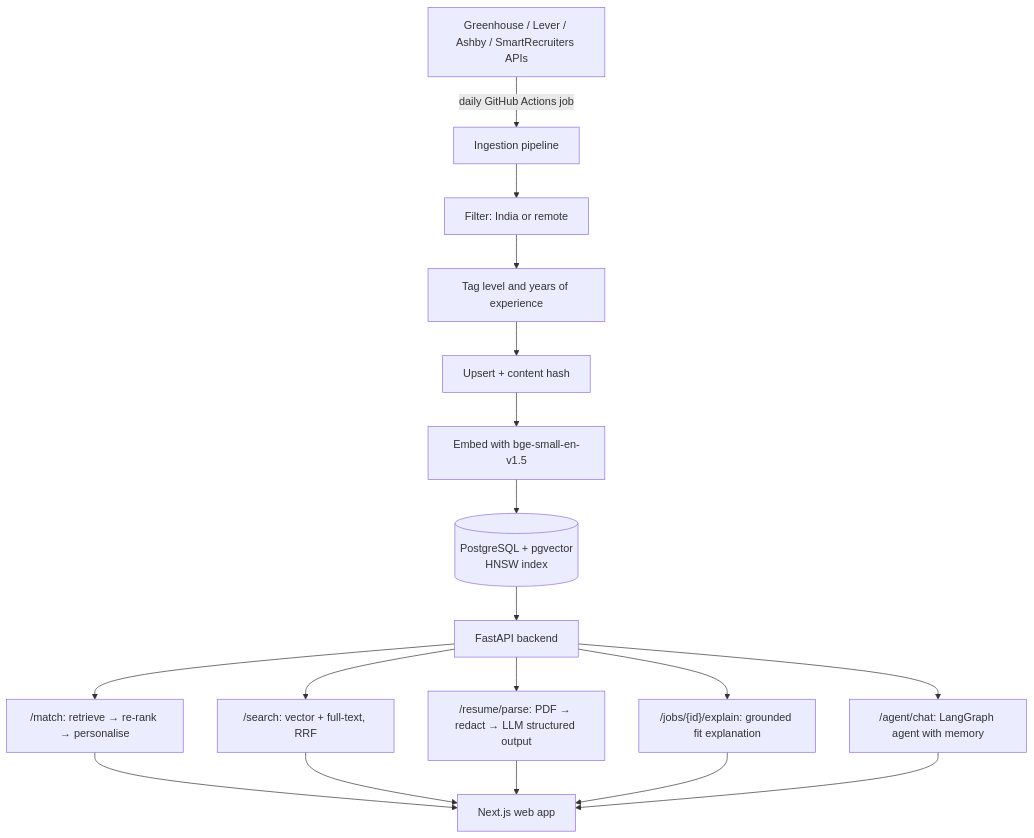
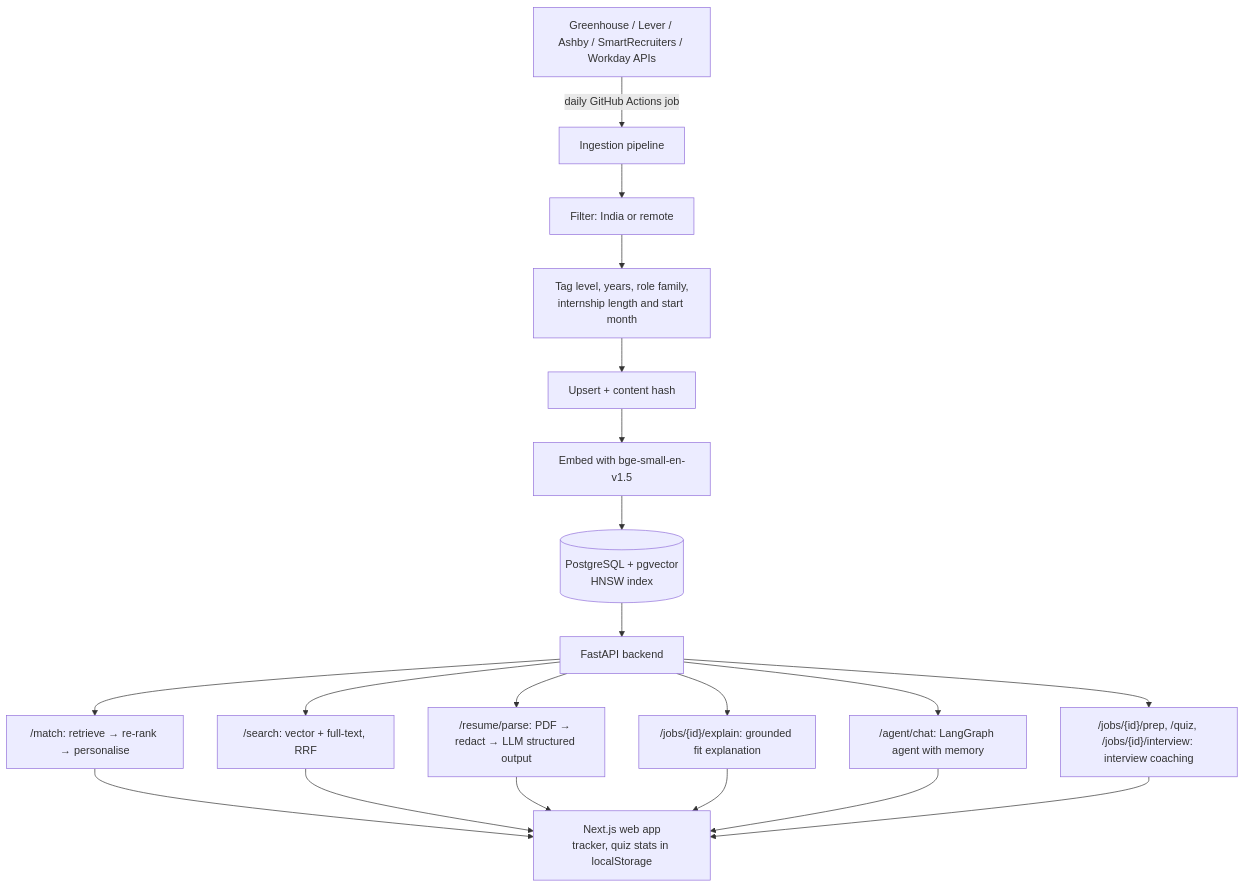
Before and after one commit to bhargavi-46/InternMatch: the diagram in README.md, drawn with Mermaid. The commit also changed other lines of this file and 33 other files, not shown here.

Commit message:
Add tech-role and internship filters, Workday jobs, application tracker and interview prep

````diff
--- a/README.md
+++ b/README.md
@@ -71,18 +80,19 @@
 ```mermaid
 flowchart TD
-    A[Greenhouse / Lever / Ashby / SmartRecruiters APIs] -->|daily GitHub Actions job| B[Ingestion pipeline]
+    A[Greenhouse / Lever / Ashby / SmartRecruiters / Workday APIs] -->|daily GitHub Actions job| B[Ingestion pipeline]
     B --> B1[Filter: India or remote]
-    B1 --> B2[Tag level and years of experience]
+    B1 --> B2[Tag level, years, role family,<br/>internship length and start month]
     B2 --> B3[Upsert + content hash]
     B3 --> B4[Embed with bge-small-en-v1.5]
     B4 --> C[(PostgreSQL + pgvector<br/>HNSW index)]
 
     C --> D[FastAPI backend]
     D --> D1["/match: retrieve → re-rank → personalise"]
     D --> D2["/search: vector + full-text, RRF"]
     D --> D3["/resume/parse: PDF → redact → LLM structured output"]
     D --> D4["/jobs/{id}/explain: grounded fit explanation"]
     D --> D5["/agent/chat: LangGraph agent with memory"]
+    D --> D6["/jobs/{id}/prep, /quiz, /jobs/{id}/interview: interview coaching"]
 
-    D1 & D2 & D3 & D4 & D5 --> E[Next.js web app]
+    D1 & D2 & D3 & D4 & D5 & D6 --> E[Next.js web app<br/>tracker, quiz stats in localStorage]
 ```
````
